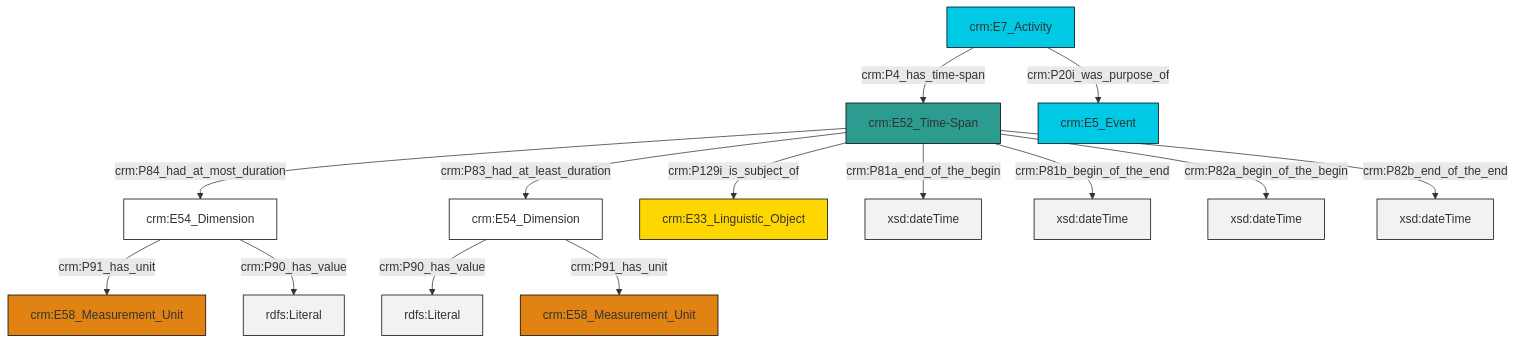
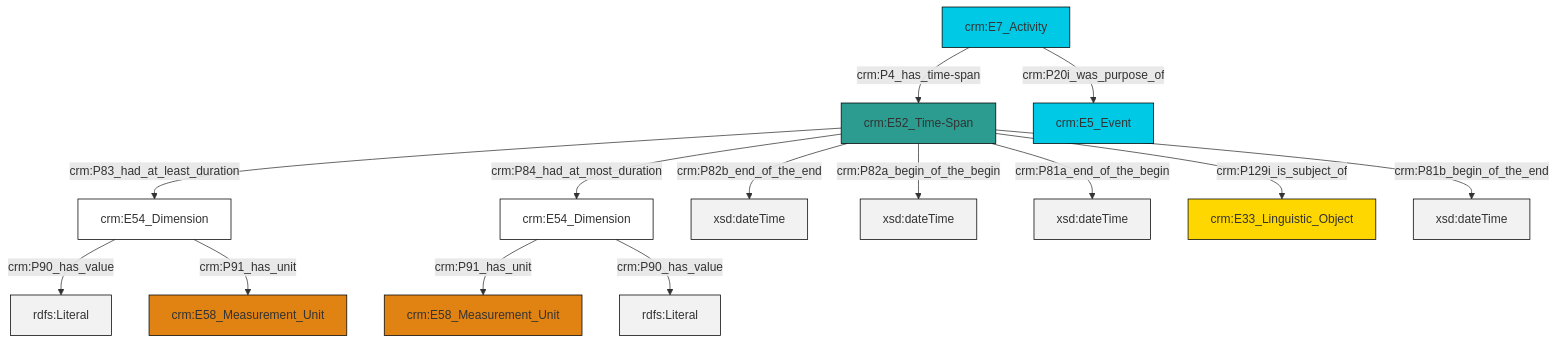
One commit to swiss-art-research-net/docs.swissartresearch changed the diagram in et/eventCSV/ttl/mmd/event_existence.ttl.mmd. Above: the diagram before and after it, drawn with Mermaid. The commit also changed 207 other files, not shown here.

```diff
--- a/et/eventCSV/ttl/mmd/event_existence.ttl.mmd
+++ b/et/eventCSV/ttl/mmd/event_existence.ttl.mmd
@@ -1,28 +1,28 @@
 graph TD
 classDef Literal fill:#f2f2f2,stroke:#000000;
 classDef CRM_Entity fill:#FFFFFF,stroke:#000000;
 classDef Temporal_Entity fill:#00C9E6, stroke:#000000;
 classDef Type fill:#E18312, stroke:#000000;
 classDef Time-Span fill:#2C9C91, stroke:#000000;
 classDef Appellation fill:#FFEB7F, stroke:#000000;
 classDef Place fill:#008836, stroke:#000000;
 classDef Persistent_Item fill:#B266B2, stroke:#000000;
 classDef Conceptual_Object fill:#FFD700, stroke:#000000;
 classDef Physical_Thing fill:#D2B48C, stroke:#000000;
 classDef Actor fill:#f58aad, stroke:#000000;
 classDef PC_Classes fill:#4ce600, stroke:#000000;
 classDef Multi fill:#cccccc,stroke:#000000;
 
-4["crm:E7_Activity"]:::Temporal_Entity -->|crm:P4_has_time-span| 8["crm:E52_Time-Span"]:::Time-Span
-8["crm:E52_Time-Span"]:::Time-Span -->|crm:P81a_end_of_the_begin| 9[xsd:dateTime]:::Literal
-8["crm:E52_Time-Span"]:::Time-Span -->|crm:P84_had_at_most_duration| 2["crm:E54_Dimension"]:::CRM_Entity
-0["crm:E54_Dimension"]:::CRM_Entity -->|crm:P90_has_value| 10[rdfs:Literal]:::Literal
-0["crm:E54_Dimension"]:::CRM_Entity -->|crm:P91_has_unit| 11["crm:E58_Measurement_Unit"]:::Type
-8["crm:E52_Time-Span"]:::Time-Span -->|crm:P83_had_at_least_duration| 0["crm:E54_Dimension"]:::CRM_Entity
-4["crm:E7_Activity"]:::Temporal_Entity -->|crm:P20i_was_purpose_of| 13["crm:E5_Event"]:::Temporal_Entity
-8["crm:E52_Time-Span"]:::Time-Span -->|crm:P81b_begin_of_the_end| 15[xsd:dateTime]:::Literal
-2["crm:E54_Dimension"]:::CRM_Entity -->|crm:P91_has_unit| 16["crm:E58_Measurement_Unit"]:::Type
-2["crm:E54_Dimension"]:::CRM_Entity -->|crm:P90_has_value| 17[rdfs:Literal]:::Literal
-8["crm:E52_Time-Span"]:::Time-Span -->|crm:P82a_begin_of_the_begin| 19[xsd:dateTime]:::Literal
-8["crm:E52_Time-Span"]:::Time-Span -->|crm:P129i_is_subject_of| 6["crm:E33_Linguistic_Object"]:::Conceptual_Object
-8["crm:E52_Time-Span"]:::Time-Span -->|crm:P82b_end_of_the_end| 21[xsd:dateTime]:::Literal
+0["crm:E54_Dimension"]:::CRM_Entity -->|crm:P90_has_value| 1[rdfs:Literal]:::Literal
+2["crm:E54_Dimension"]:::CRM_Entity -->|crm:P91_has_unit| 3["crm:E58_Measurement_Unit"]:::Type
+5["crm:E52_Time-Span"]:::Time-Span -->|crm:P82b_end_of_the_end| 6[xsd:dateTime]:::Literal
+10["crm:E7_Activity"]:::Temporal_Entity -->|crm:P4_has_time-span| 5["crm:E52_Time-Span"]:::Time-Span
+5["crm:E52_Time-Span"]:::Time-Span -->|crm:P82a_begin_of_the_begin| 11[xsd:dateTime]:::Literal
+10["crm:E7_Activity"]:::Temporal_Entity -->|crm:P20i_was_purpose_of| 12["crm:E5_Event"]:::Temporal_Entity
+5["crm:E52_Time-Span"]:::Time-Span -->|crm:P81a_end_of_the_begin| 14[xsd:dateTime]:::Literal
+2["crm:E54_Dimension"]:::CRM_Entity -->|crm:P90_has_value| 20[rdfs:Literal]:::Literal
+5["crm:E52_Time-Span"]:::Time-Span -->|crm:P81b_begin_of_the_end| 21[xsd:dateTime]:::Literal
+5["crm:E52_Time-Span"]:::Time-Span -->|crm:P83_had_at_least_duration| 0["crm:E54_Dimension"]:::CRM_Entity
+0["crm:E54_Dimension"]:::CRM_Entity -->|crm:P91_has_unit| 8["crm:E58_Measurement_Unit"]:::Type
+5["crm:E52_Time-Span"]:::Time-Span -->|crm:P129i_is_subject_of| 18["crm:E33_Linguistic_Object"]:::Conceptual_Object
+5["crm:E52_Time-Span"]:::Time-Span -->|crm:P84_had_at_most_duration| 2["crm:E54_Dimension"]:::CRM_Entity
```
